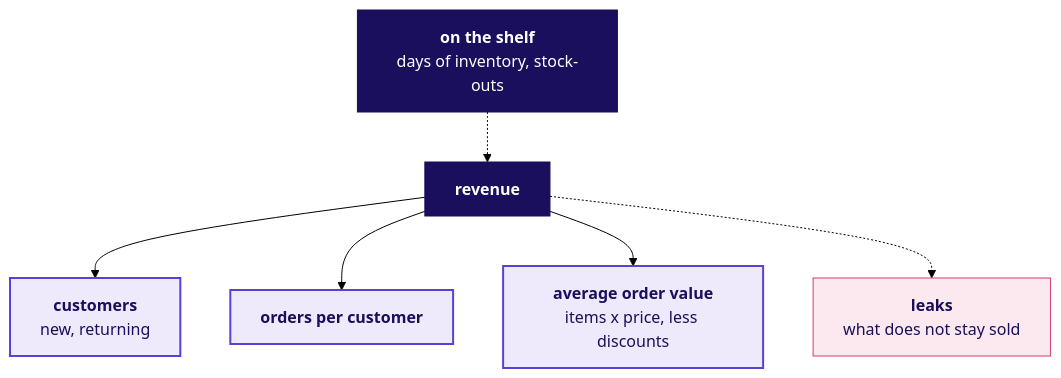
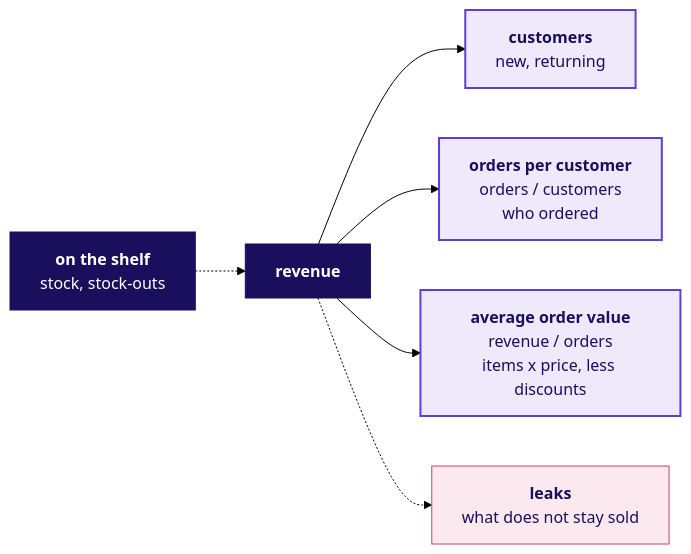
Before and after one commit to fde-academy-lab/c2-content-factory: the sixth of 29 diagrams in content/W01/D1/slides/C2_W01_D01_half1_STUDENT.md, drawn with Mermaid (forest theme). The commit also changed other lines of this file and 32 other files, not shown here.

````diff
--- a/content/W01/D1/slides/C2_W01_D01_half1_STUDENT.md
+++ b/content/W01/D1/slides/C2_W01_D01_half1_STUDENT.md
@@ -260,14 +265,14 @@
 ```mermaid
-flowchart TB
-    S["<b>on the shelf</b><br/>days of inventory, stock-outs"] -.-> R["<b>revenue</b>"]
+flowchart LR
+    S["<b>on the shelf</b><br/>stock, stock-outs"] -.-> R["<b>revenue</b>"]
     R --> C["<b>customers</b><br/>new, returning"]
-    R --> F["<b>orders per customer</b>"]
-    R --> A["<b>average order value</b><br/>items x price, less discounts"]
+    R --> F["<b>orders per customer</b><br/>orders / customers<br/>who ordered"]
+    R --> A["<b>average order value</b><br/>revenue / orders<br/>items x price, less discounts"]
     R -.-> L["<b>leaks</b><br/>what does not stay sold"]
     classDef known fill:#EEEAFB,stroke:#5B3FD6,color:#1A0F5C,stroke-width:2px
     classDef bad fill:#FBE9EF,stroke:#D63A6A,color:#1A0F5C
     classDef dark fill:#1A0F5C,stroke:#1A0F5C,color:#FFFFFF
     class C,F,A known
     class L bad
     class R,S dark
 ```
````
